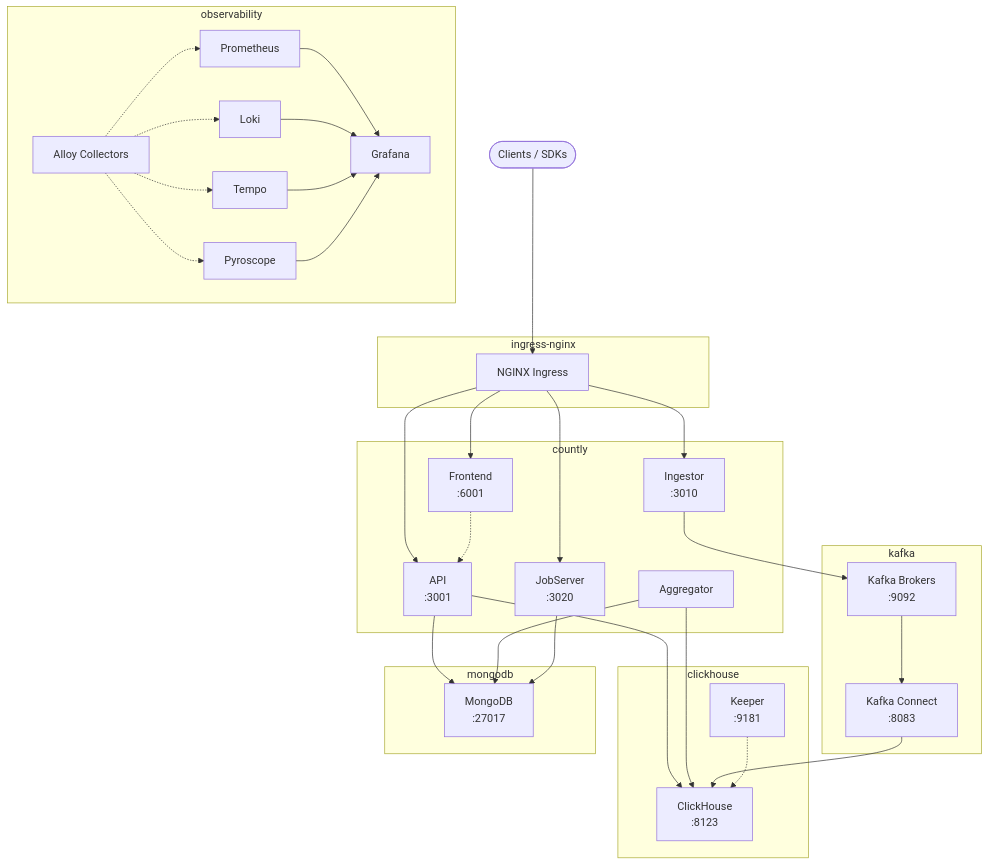
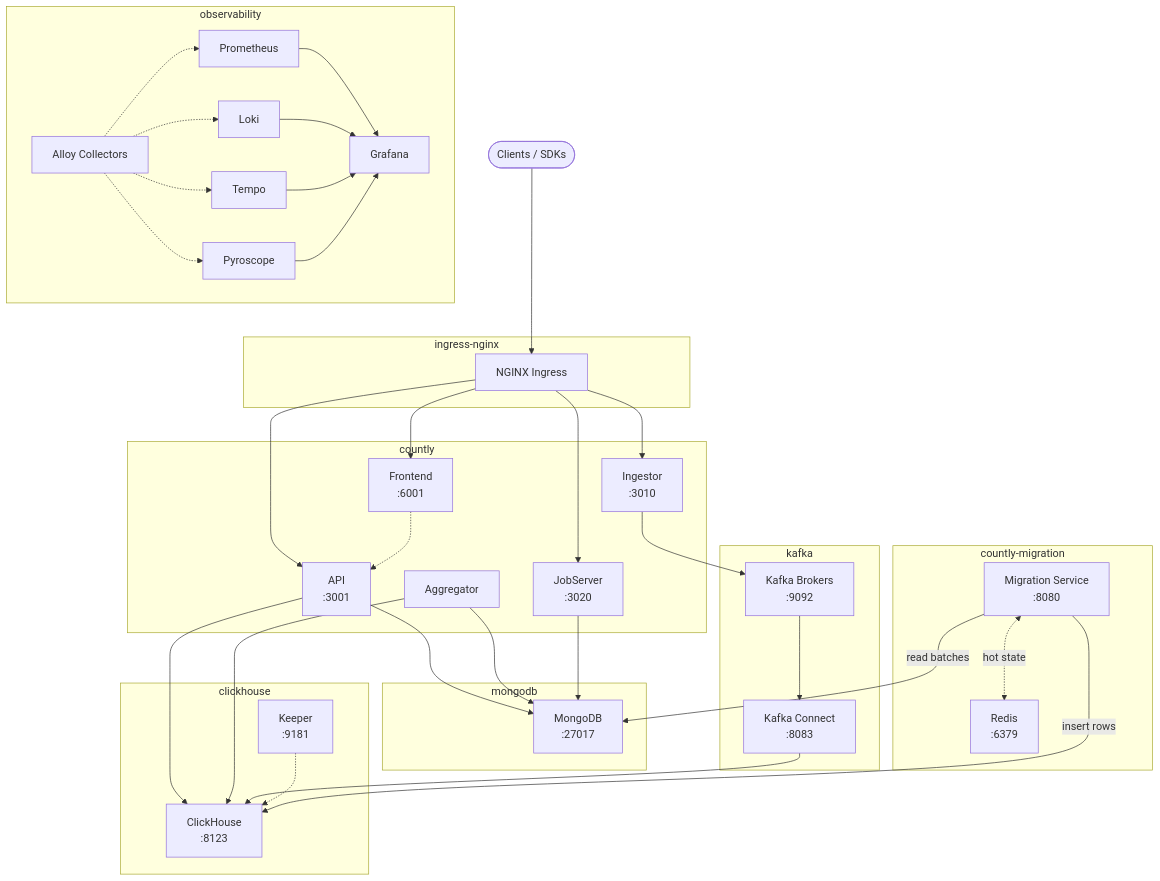
The first of 3 diagrams in README.md (Countly/helm), drawn with Mermaid before and after one commit. The commit also changed other lines of this file and 23 other files, not shown here.

Commit message:
migration charts

````diff
--- a/README.md
+++ b/README.md
@@ -19,53 +20,62 @@
 ```mermaid
 flowchart TB
     client(["Clients / SDKs"])
 
     subgraph ingress["ingress-nginx"]
         nginx["NGINX Ingress"]
     end
 
     subgraph countly-ns["countly"]
         frontend["Frontend\n:6001"]
         api["API\n:3001"]
         ingestor["Ingestor\n:3010"]
         jobserver["JobServer\n:3020"]
         aggregator["Aggregator"]
     end
 
     subgraph kafka-ns["kafka"]
         brokers["Kafka Brokers\n:9092"]
         connect["Kafka Connect\n:8083"]
     end
 
     subgraph ch-ns["clickhouse"]
         chserver["ClickHouse\n:8123"]
         keeper["Keeper\n:9181"]
     end
 
     subgraph mongo-ns["mongodb"]
         mongo["MongoDB\n:27017"]
     end
 
+    subgraph mig-ns["countly-migration"]
+        migsvc["Migration Service\n:8080"]
+        redis["Redis\n:6379"]
+    end
+
     subgraph obs-ns["observability"]
         prom["Prometheus"]
         grafana["Grafana"]
         loki["Loki"]
         tempo["Tempo"]
         pyroscope["Pyroscope"]
         alloy["Alloy Collectors"]
     end
 
     client --> nginx
     nginx --> frontend & api & ingestor & jobserver
 
     api --> mongo & chserver
     frontend -.-> api
     ingestor --> brokers
     aggregator --> mongo & chserver
     jobserver --> mongo
     brokers --> connect --> chserver
     keeper -.-> chserver
 
+    migsvc -->|read batches| mongo
+    migsvc -->|insert rows| chserver
+    migsvc <-.->|hot state| redis
+
     alloy -.-> prom & loki & tempo & pyroscope
     prom & loki & tempo & pyroscope --> grafana
 ```
````
